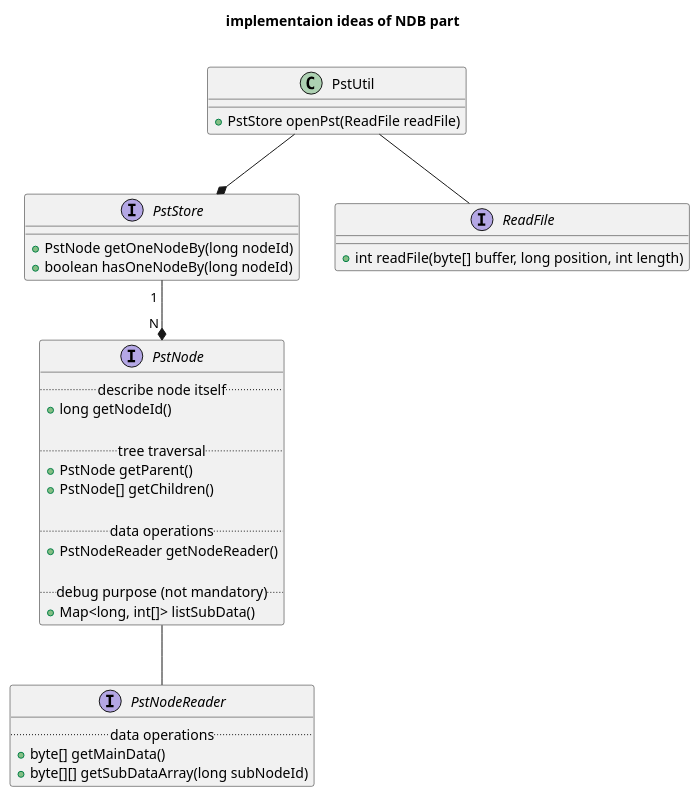
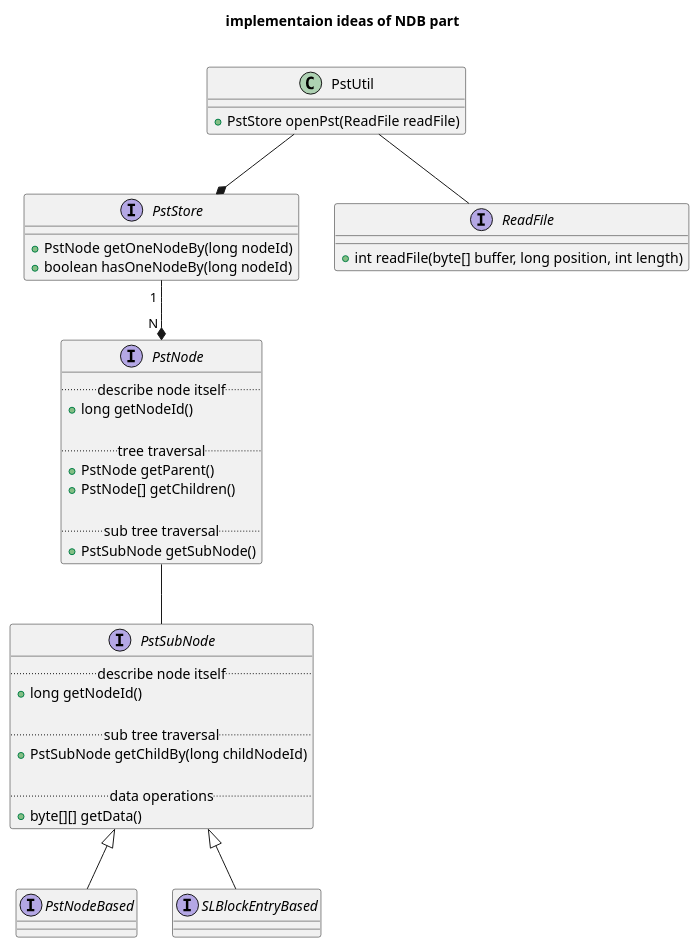
Before and after one commit to Kris-LIBIS/ruby-msg: the second of 5 diagrams in plantuml/base.plantuml, drawn with PlantUML. The commit also changed 2 other files, not shown here.

```diff
--- a/plantuml/base.plantuml
+++ b/plantuml/base.plantuml
@@ -15,43 +15,55 @@
 @startuml schematic
 title implementaion ideas of NDB part\n
 
 class PstUtil {
     + PstStore openPst(ReadFile readFile)
 }
 
 interface PstStore {
     + PstNode getOneNodeBy(long nodeId)
     + boolean hasOneNodeBy(long nodeId)
 }
 
 interface PstNode {
     .. describe node itself ..
     + long getNodeId()
 
     .. tree traversal ..
     + PstNode getParent()
     + PstNode[] getChildren()
 
-    .. data operations ..
-    + PstNodeReader getNodeReader()
-
-    .. debug purpose (not mandatory) ..
-    + Map<long, int[]> listSubData()
+    .. sub tree traversal ..
+    + PstSubNode getSubNode()
 }
 
-interface PstNodeReader {
+interface PstSubNode {
+    .. describe node itself ..
+    + long getNodeId()
+
+    .. sub tree traversal ..
+    + PstSubNode getChildBy(long childNodeId)
+
     .. data operations ..
-    + byte[] getMainData()
-    + byte[][] getSubDataArray(long subNodeId)
+    + byte[][] getData()
+}
+
+interface PstNodeBased {
+
+}
+
+interface SLBlockEntryBased {
+
 }
 
 PstUtil --* PstStore
 PstUtil -- ReadFile
 PstStore " 1 " --* " N " PstNode
-PstNode -- PstNodeReader
+PstNode -- PstSubNode
+PstSubNode <|-- PstNodeBased
+PstSubNode <|-- SLBlockEntryBased
 
 interface ReadFile {
     + int readFile(byte[] buffer, long position, int length)
 }
 
 @enduml
```
